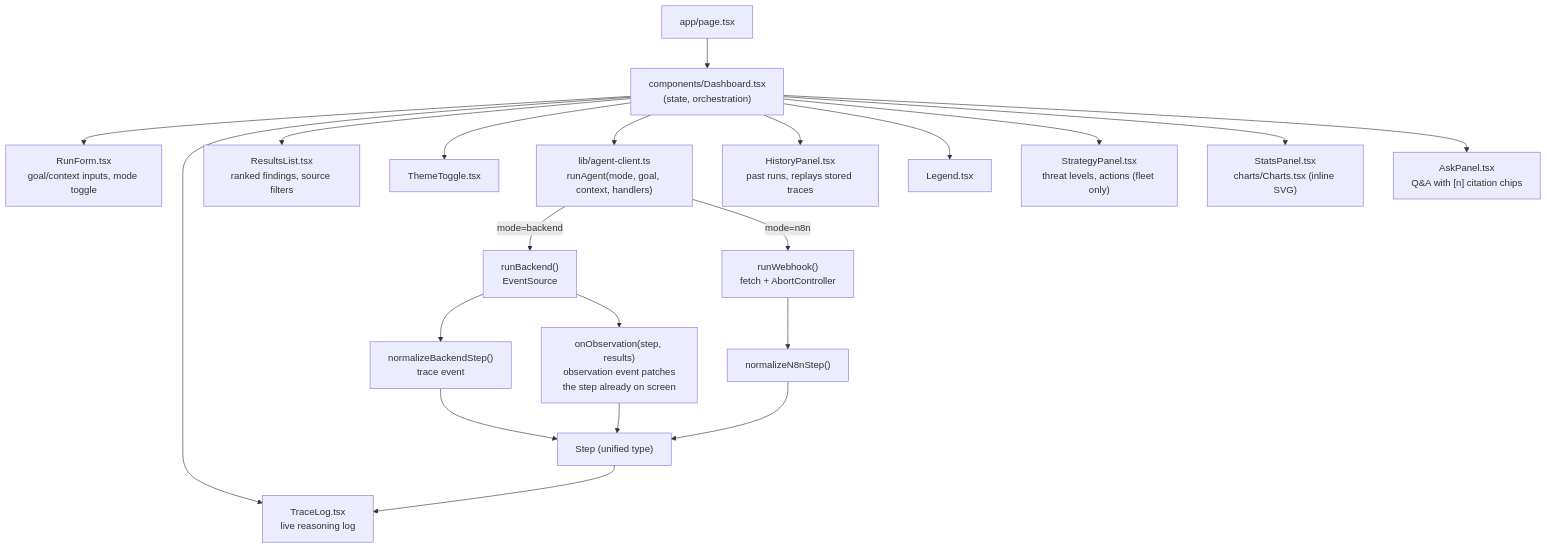
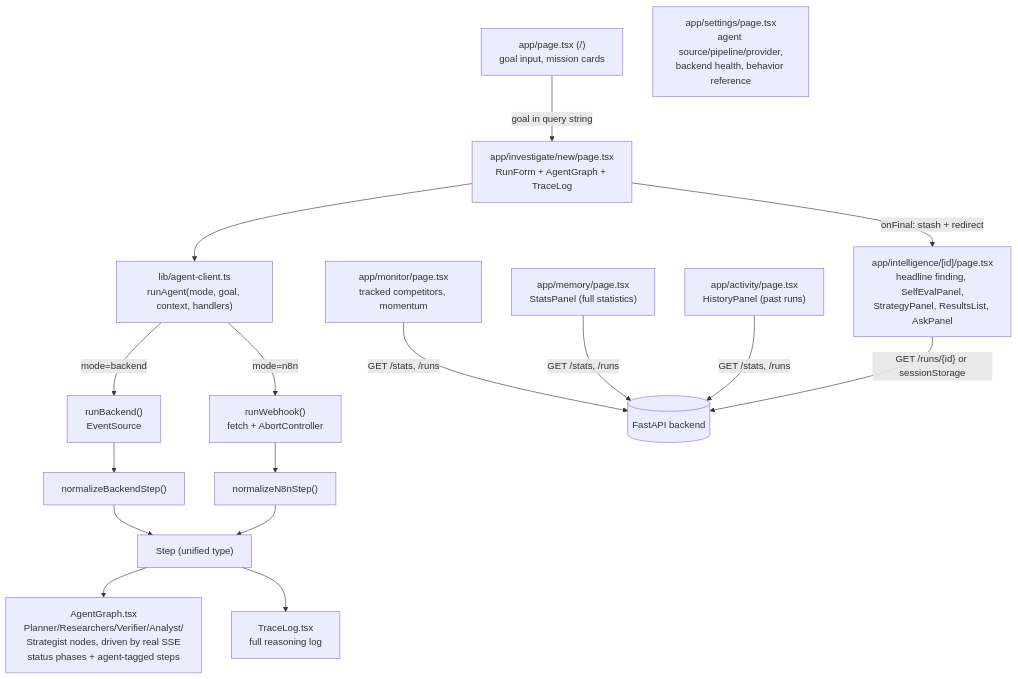
The seventh of 7 diagrams in docs/ARCHITECTURE.md (ByteNinjaSmit/Agentx), drawn with Mermaid before and after one commit. The commit also changed other lines of this file and 8 other files, not shown here.

First line of the commit message:
feat: real Agent Runtime page, live agent graph, mission-card landing

````diff
--- a/docs/ARCHITECTURE.md
+++ b/docs/ARCHITECTURE.md
@@ -300,23 +352,25 @@
 ```mermaid
 flowchart TB
-    Page["app/page.tsx"] --> Dashboard["components/Dashboard.tsx<br/>(state, orchestration)"]
-    Dashboard --> RunForm["RunForm.tsx<br/>goal/context inputs, mode toggle"]
-    Dashboard --> TraceLog["TraceLog.tsx<br/>live reasoning log"]
-    Dashboard --> ResultsList["ResultsList.tsx<br/>ranked findings, source filters"]
-    Dashboard --> ThemeToggle["ThemeToggle.tsx"]
-    Dashboard --> Client["lib/agent-client.ts<br/>runAgent(mode, goal, context, handlers)"]
+    Home["app/page.tsx (/)<br/>goal input, mission cards"] -- "goal in query string" --> Investigate
+
+    Investigate["app/investigate/new/page.tsx<br/>RunForm + AgentGraph + TraceLog"] --> Client["lib/agent-client.ts<br/>runAgent(mode, goal, context, handlers)"]
     Client -- "mode=backend" --> SSEfn["runBackend()<br/>EventSource"]
     Client -- "mode=n8n" --> Webhookfn["runWebhook()<br/>fetch + AbortController"]
-    SSEfn --> Normalize["normalizeBackendStep()<br/>trace event"]
-    SSEfn --> Obs["onObservation(step, results)<br/>observation event patches<br/>the step already on screen"]
+    SSEfn --> Normalize["normalizeBackendStep()"]
     Webhookfn --> Normalize2["normalizeN8nStep()"]
     Normalize --> Step["Step (unified type)"]
     Normalize2 --> Step
-    Obs --> Step
-    Step --> TraceLog
-    Dashboard --> HistoryPanel["HistoryPanel.tsx<br/>past runs, replays stored traces"]
-    Dashboard --> Legend["Legend.tsx"]
-    Dashboard --> StrategyPanel["StrategyPanel.tsx<br/>threat levels, actions (fleet only)"]
-    Dashboard --> StatsPanel["StatsPanel.tsx<br/>charts/Charts.tsx (inline SVG)"]
-    Dashboard --> AskPanel["AskPanel.tsx<br/>Q&A with [n] citation chips"]
+    Step --> AgentGraph["AgentGraph.tsx<br/>Planner/Researchers/Verifier/Analyst/<br/>Strategist nodes, driven by real SSE<br/>status phases + agent-tagged steps"]
+    Step --> TraceLog["TraceLog.tsx<br/>full reasoning log"]
+
+    Investigate -- "onFinal: stash + redirect" --> Report
+
+    Report["app/intelligence/[id]/page.tsx<br/>headline finding, SelfEvalPanel,<br/>StrategyPanel, ResultsList, AskPanel"]
+    Monitor["app/monitor/page.tsx<br/>tracked competitors, momentum"]
+    Memory["app/memory/page.tsx<br/>StatsPanel (full statistics)"]
+    Activity["app/activity/page.tsx<br/>HistoryPanel (past runs)"]
+    Runtime["app/settings/page.tsx<br/>agent source/pipeline/provider,<br/>backend health, behavior reference"]
+
+    Monitor & Memory & Activity -- "GET /stats, /runs" --> API[("FastAPI backend")]
+    Report -- "GET /runs/{id} or sessionStorage" --> API
 ```
````
